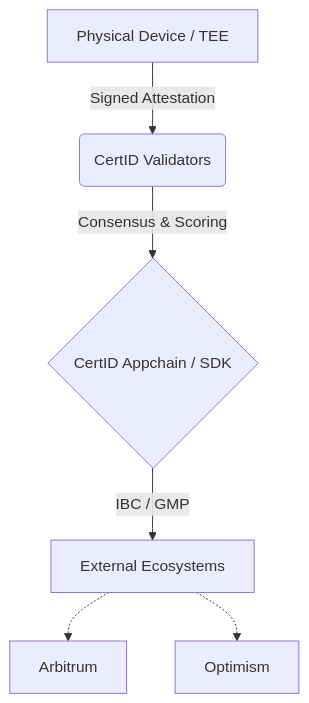
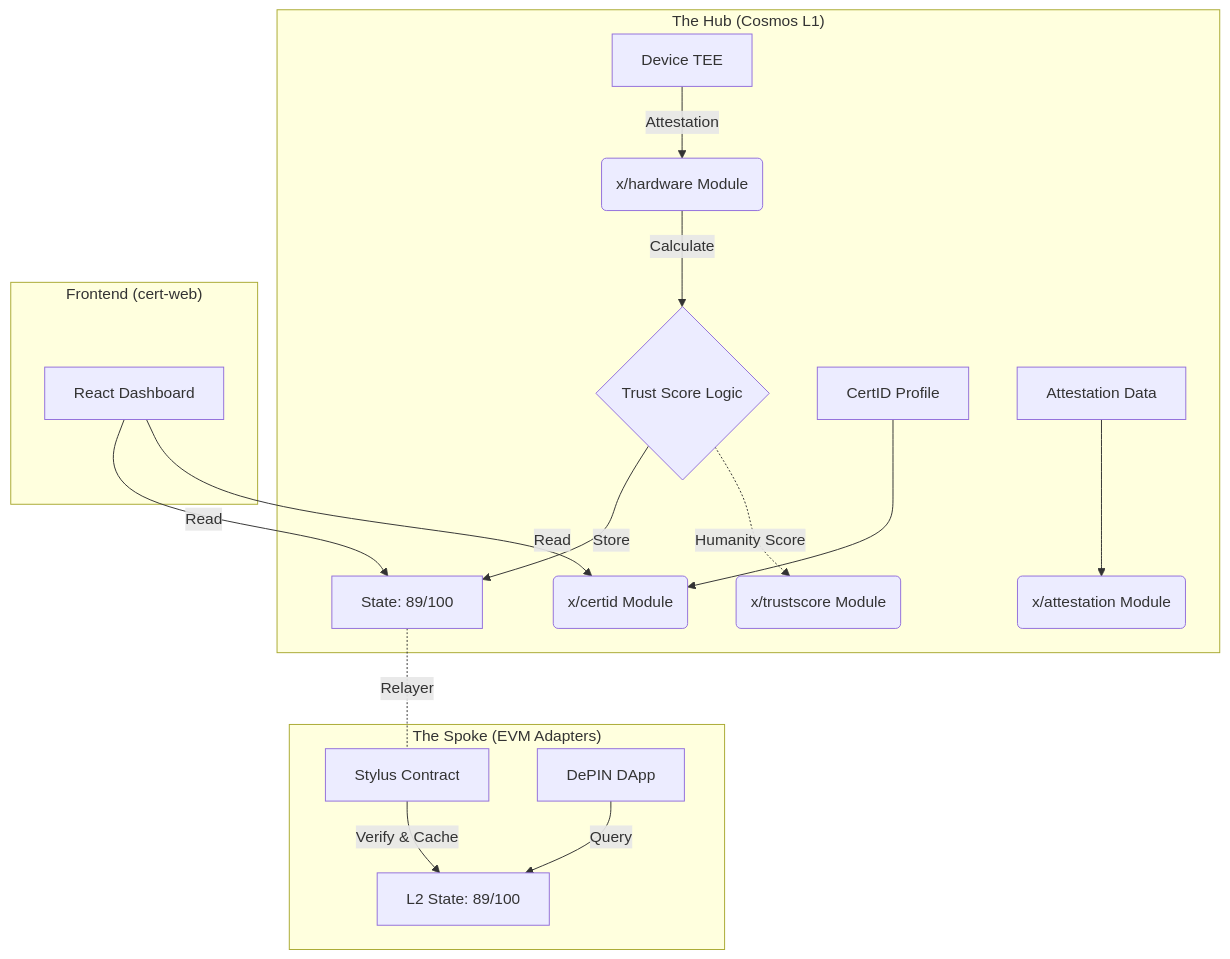
One commit to chaincert/cert-blockchain changed the diagram in README.md. Above: the diagram before and after it, drawn with Mermaid. The commit also changed other lines of this file and 27 other files, not shown here.

First line of the commit message:
feat: hub-and-spoke restructure — add x/trustscore module, proto defs, README

````diff
--- a/README.md
+++ b/README.md
@@ -31,8 +7,22 @@
 ```mermaid
 graph TD
-    A[Physical Device / TEE] -->|Signed Attestation| B(CertID Validators)
-    B -->|Consensus & Scoring| C{CertID Appchain / SDK}
-    C -->|IBC / GMP| D[External Ecosystems]
-    D -.-> E[Arbitrum]
-    D -.-> F[Optimism]
+    subgraph "The Hub (Cosmos L1)"
+        A[Device TEE] -->|Attestation| B(x/hardware Module)
+        B -->|Calculate| C{Trust Score Logic}
+        C -->|Store| D[State: 89/100]
+        E[CertID Profile] --> F(x/certid Module)
+        G[Attestation Data] --> H(x/attestation Module)
+        C -.->|Humanity Score| I(x/trustscore Module)
+    end
+
+    subgraph "The Spoke (EVM Adapters)"
+        D -.-|Relayer| J[Stylus Contract]
+        J -->|Verify & Cache| K[L2 State: 89/100]
+        L[DePIN DApp] -->|Query| K
+    end
+
+    subgraph "Frontend (cert-web)"
+        M[React Dashboard] -->|Read| D
+        M -->|Read| F
+    end
 ```
````
